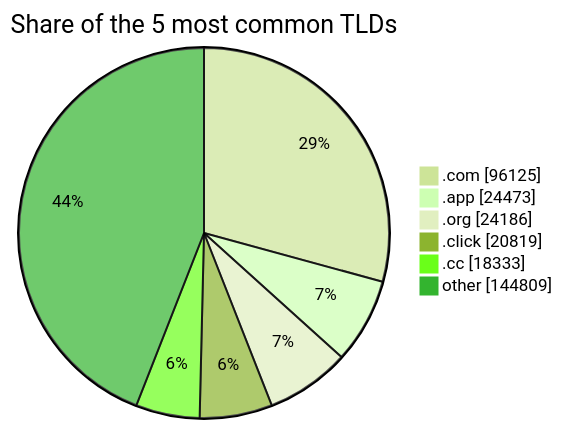
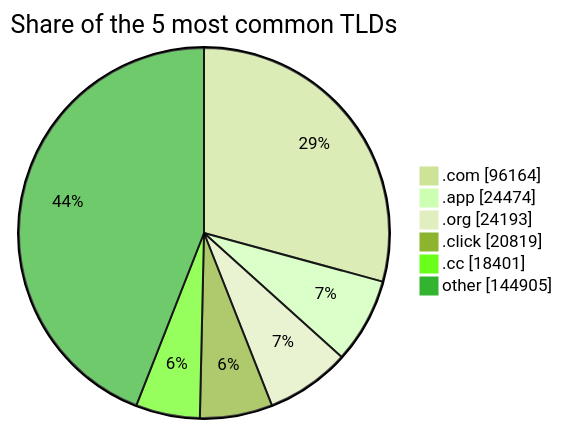
One commit to DNSBunker/CTI changed the third of 3 diagrams in README.md. Above: the diagram before and after it, drawn with Mermaid (forest theme). The commit also changed other lines of this file and 4 other files, not shown here.

````diff
--- a/README.md
+++ b/README.md
@@ -81,9 +81,9 @@
 ```mermaid
 pie showData title Share of the 5 most common TLDs
-    ".com" : 96125
-    ".app" : 24473
-    ".org" : 24186
+    ".com" : 96164
+    ".app" : 24474
+    ".org" : 24193
     ".click" : 20819
-    ".cc" : 18333
-    "other" : 144809
+    ".cc" : 18401
+    "other" : 144905
 ```
````
